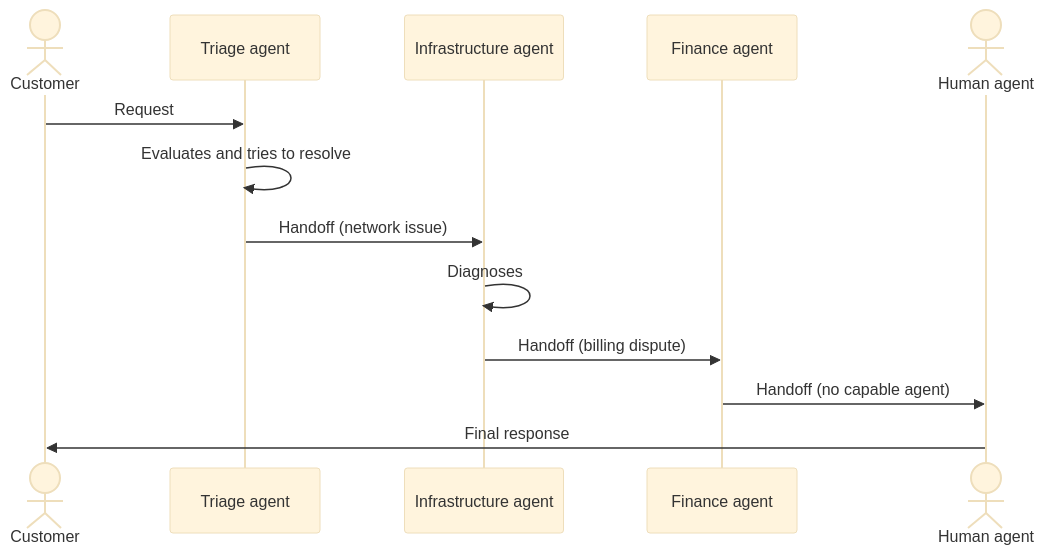
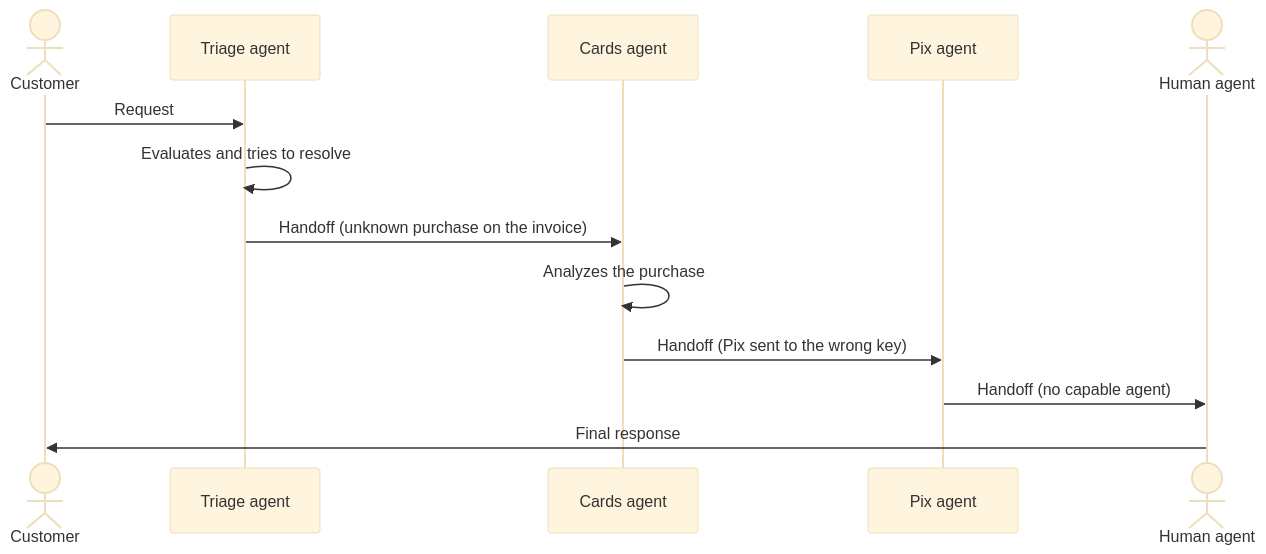
Before and after one commit to alancesar/design-patterns: the diagram in i18n/en/docusaurus-plugin-content-docs/current/ai/agent-patterns/dynamic-orchestration/handoff-orchestration.md, drawn with Mermaid (base theme). The commit also changed 13 other files, not shown here.

Commit message:
Switch agent-patterns concrete diagrams to fintech scenarios

````diff
--- a/i18n/en/docusaurus-plugin-content-docs/current/ai/agent-patterns/dynamic-orchestration/handoff-orchestration.md
+++ b/i18n/en/docusaurus-plugin-content-docs/current/ai/agent-patterns/dynamic-orchestration/handoff-orchestration.md
@@ -61,15 +61,15 @@
 ```mermaid
 sequenceDiagram
     actor U as Customer
     participant T as Triage agent
-    participant I as Infrastructure agent
-    participant F as Finance agent
+    participant I as Cards agent
+    participant F as Pix agent
     actor H as Human agent
     U->>T: Request
     T->>T: Evaluates and tries to resolve
-    T->>I: Handoff (network issue)
-    I->>I: Diagnoses
-    I->>F: Handoff (billing dispute)
+    T->>I: Handoff (unknown purchase on the invoice)
+    I->>I: Analyzes the purchase
+    I->>F: Handoff (Pix sent to the wrong key)
     F->>H: Handoff (no capable agent)
     H->>U: Final response
 ```
````
